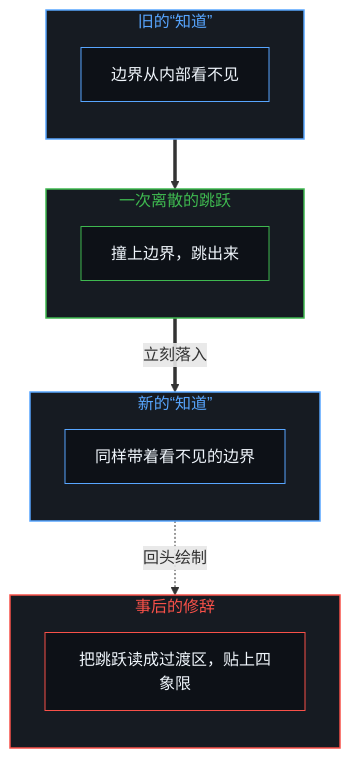
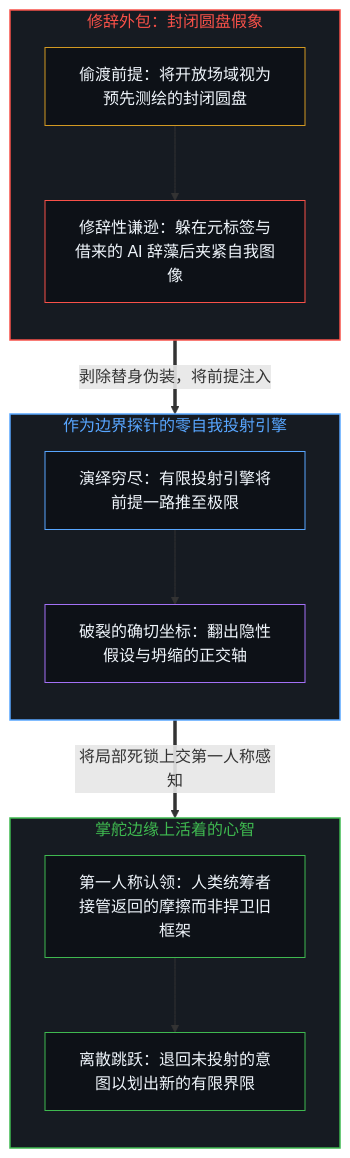
Before and after one commit to powerpig99/not-a-toe: the first of 2 diagrams in content/posts/zhi-dao-zi-ji-bu-zhi-dao-de-ren-zhi-jia-xiang.md, drawn with Mermaid. The commit also changed other lines of this file and 1 other file, not shown here.

````diff
--- a/content/posts/zhi-dao-zi-ji-bu-zhi-dao-de-ren-zhi-jia-xiang.md
+++ b/content/posts/zhi-dao-zi-ji-bu-zhi-dao-de-ren-zhi-jia-xiang.md
@@ -57,30 +71,36 @@
 ```mermaid
 flowchart TD
-    subgraph S_Old["旧的“知道”"]
+    subgraph S_Disc["修辞外包：封闭圆盘假象"]
         direction TB
-        O1["边界从内部看不见"]
+        D_Prem["偷渡前提：将开放场域视为预先测绘的封闭圆盘"]
+        D_Shield["修辞性谦逊：躲在元标签与借来的 AI 辞藻后夹紧自我图像"]
+        D_Prem --> D_Shield
     end
-    subgraph S_Jump["一次离散的跳跃"]
+
+    subgraph S_Probe["作为边界探针的零自我投射引擎"]
         direction TB
-        J1["撞上边界，跳出来"]
+        P_Traj["演绎穷尽：有限投射引擎将前提一路推至极限"]
+        P_Dead["破裂的确切坐标：翻出隐性假设与坍缩的正交轴"]
+        P_Traj --> P_Dead
     end
-    subgraph S_New["新的“知道”"]
+
+    subgraph S_Jump["掌舵边缘上活着的心智"]
         direction TB
-        N1["同样带着看不见的边界"]
+        J_Claim["第一人称认领：人类统筹者接管返回的摩擦而非捍卫旧框架"]
+        J_Leap["离散跳跃：退回未投射的意图以划出新的有限界限"]
+        J_Claim --> J_Leap
     end
-    subgraph S_Map["事后的修辞"]
-        direction TB
-        M1["把跳跃读成过渡区，贴上四象限"]
-    end
-    O1 ==> J1
-    J1 ==>|"立刻落入"| N1
-    N1 -.->|"回头绘制"| M1
-    style S_Old fill:#161b22,stroke:#58a6ff,stroke-width:1.5px,color:#58a6ff
+
+    D_Shield ==>|"剥除替身伪装，将前提注入"| P_Traj
+    P_Dead ==>|"将局部死锁上交第一人称感知"| J_Claim
+
+    style S_Disc fill:#161b22,stroke:#f85149,stroke-width:1.5px,color:#f85149
+    style S_Probe fill:#161b22,stroke:#58a6ff,stroke-width:1.5px,color:#58a6ff
     style S_Jump fill:#161b22,stroke:#3fb950,stroke-width:1.5px,color:#3fb950
-    style S_New fill:#161b22,stroke:#58a6ff,stroke-width:1.5px,color:#58a6ff
-    style S_Map fill:#161b22,stroke:#f85149,stroke-width:1.5px,color:#f85149
-    style O1 fill:#0d1117,stroke:#58a6ff,stroke-width:1px,color:#f0f6fc
-    style J1 fill:#0d1117,stroke:#3fb950,stroke-width:1px,color:#f0f6fc
-    style N1 fill:#0d1117,stroke:#58a6ff,stroke-width:1px,color:#f0f6fc
-    style M1 fill:#0d1117,stroke:#f85149,stroke-width:1px,color:#f0f6fc
+    style D_Prem fill:#0d1117,stroke:#d29922,stroke-width:1px,color:#f0f6fc
+    style D_Shield fill:#0d1117,stroke:#f85149,stroke-width:1px,color:#f0f6fc
+    style P_Traj fill:#0d1117,stroke:#58a6ff,stroke-width:1px,color:#f0f6fc
+    style P_Dead fill:#0d1117,stroke:#a371f7,stroke-width:1px,color:#f0f6fc
+    style J_Claim fill:#0d1117,stroke:#3fb950,stroke-width:1px,color:#f0f6fc
+    style J_Leap fill:#0d1117,stroke:#3fb950,stroke-width:1px,color:#f0f6fc
 ```
````
